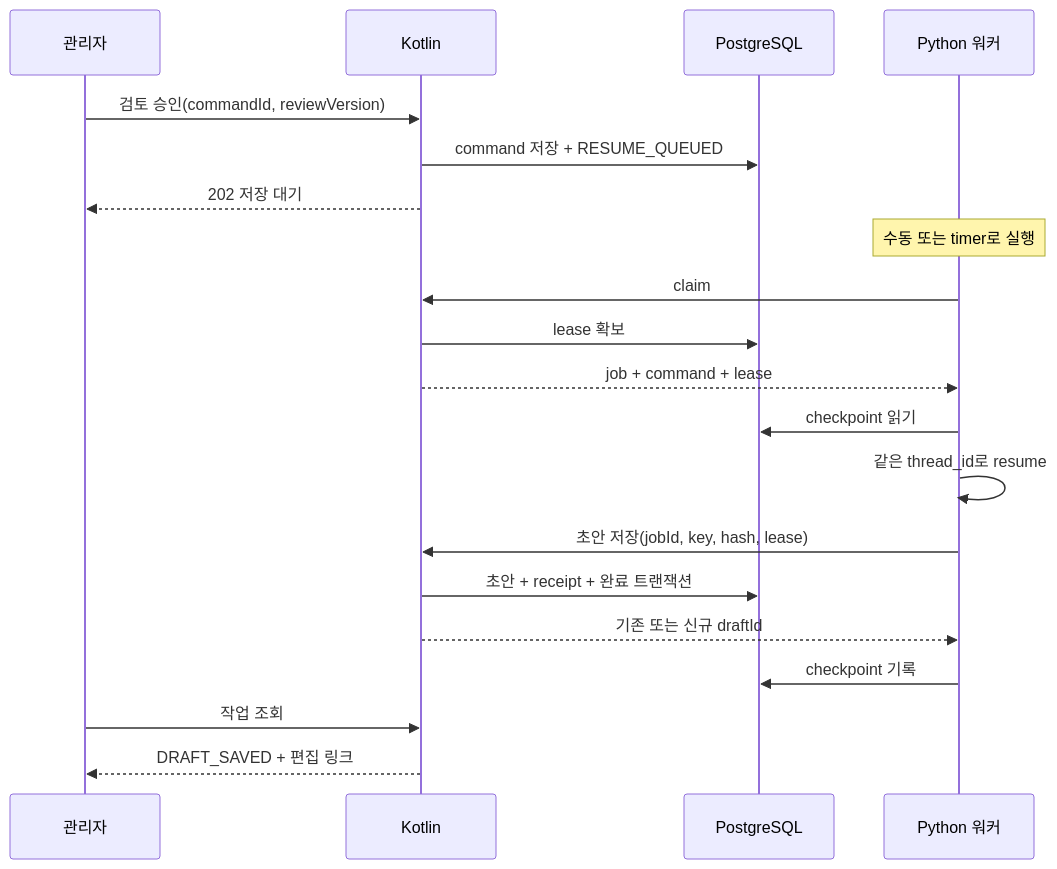
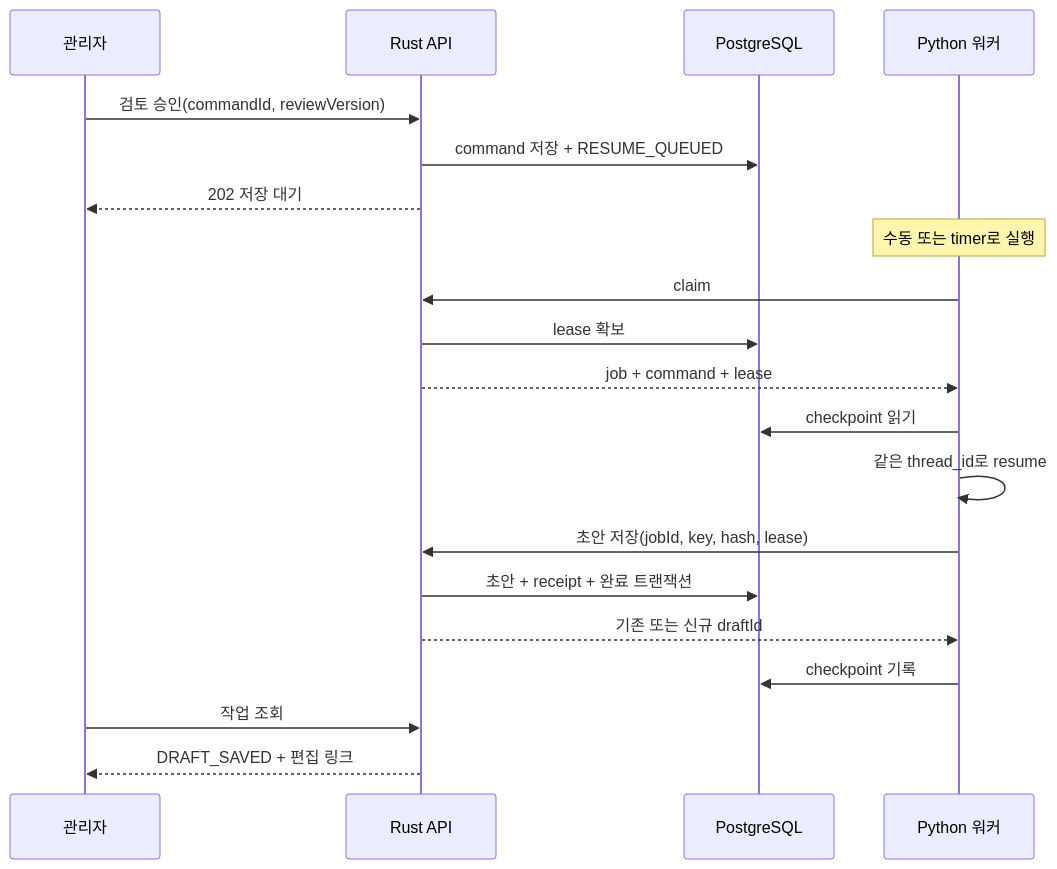
One commit to croppedeyebrow/DataGrizzly_Home changed the diagram in docs/05_diagrams/10_review_resume.md. Above: the diagram before and after it, drawn with Mermaid. The commit also changed 206 other files, not shown here.

````diff
--- a/docs/05_diagrams/10_review_resume.md
+++ b/docs/05_diagrams/10_review_resume.md
@@ -3,22 +3,22 @@
 ```mermaid
 sequenceDiagram
     participant U as 관리자
-    participant K as Kotlin
+    participant K as Rust API
     participant D as PostgreSQL
     participant W as Python 워커
     U->>K: 검토 승인(commandId, reviewVersion)
     K->>D: command 저장 + RESUME_QUEUED
     K-->>U: 202 저장 대기
     Note over W: 수동 또는 timer로 실행
     W->>K: claim
     K->>D: lease 확보
     K-->>W: job + command + lease
     W->>D: checkpoint 읽기
     W->>W: 같은 thread_id로 resume
     W->>K: 초안 저장(jobId, key, hash, lease)
     K->>D: 초안 + receipt + 완료 트랜잭션
     K-->>W: 기존 또는 신규 draftId
     W->>D: checkpoint 기록
     U->>K: 작업 조회
     K-->>U: DRAFT_SAVED + 편집 링크
 ```
````
